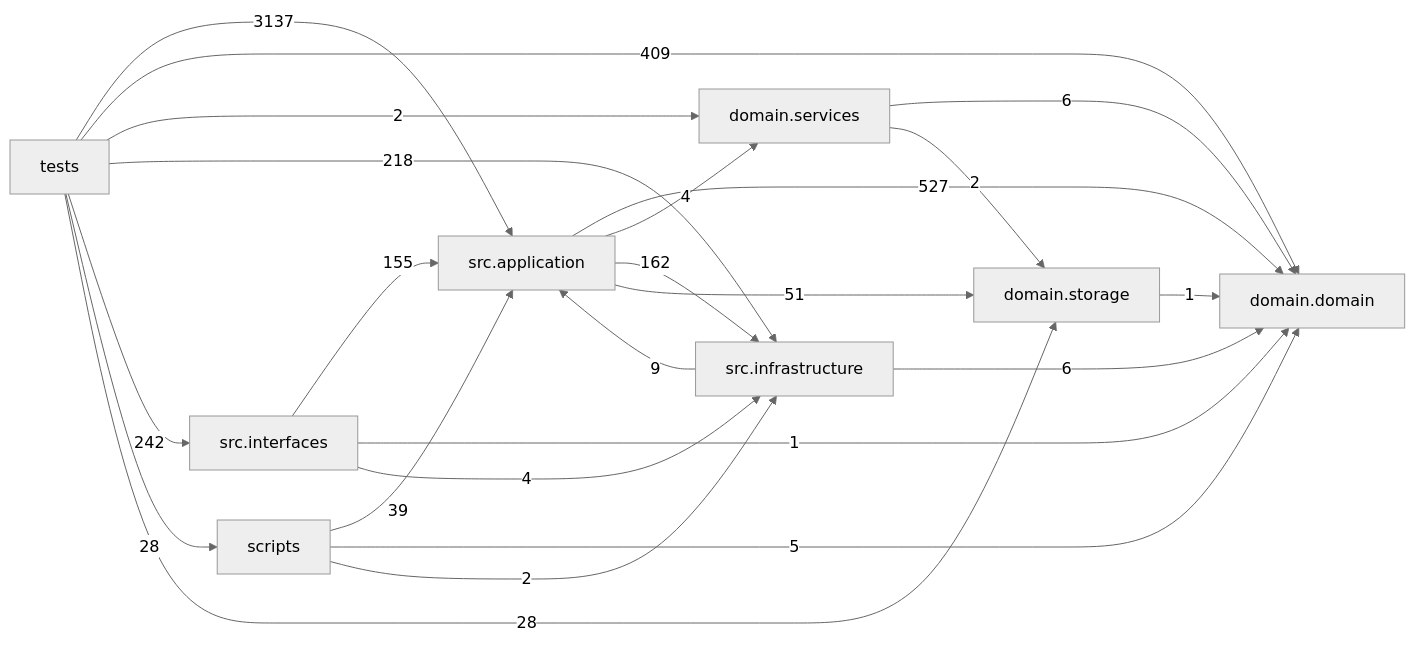
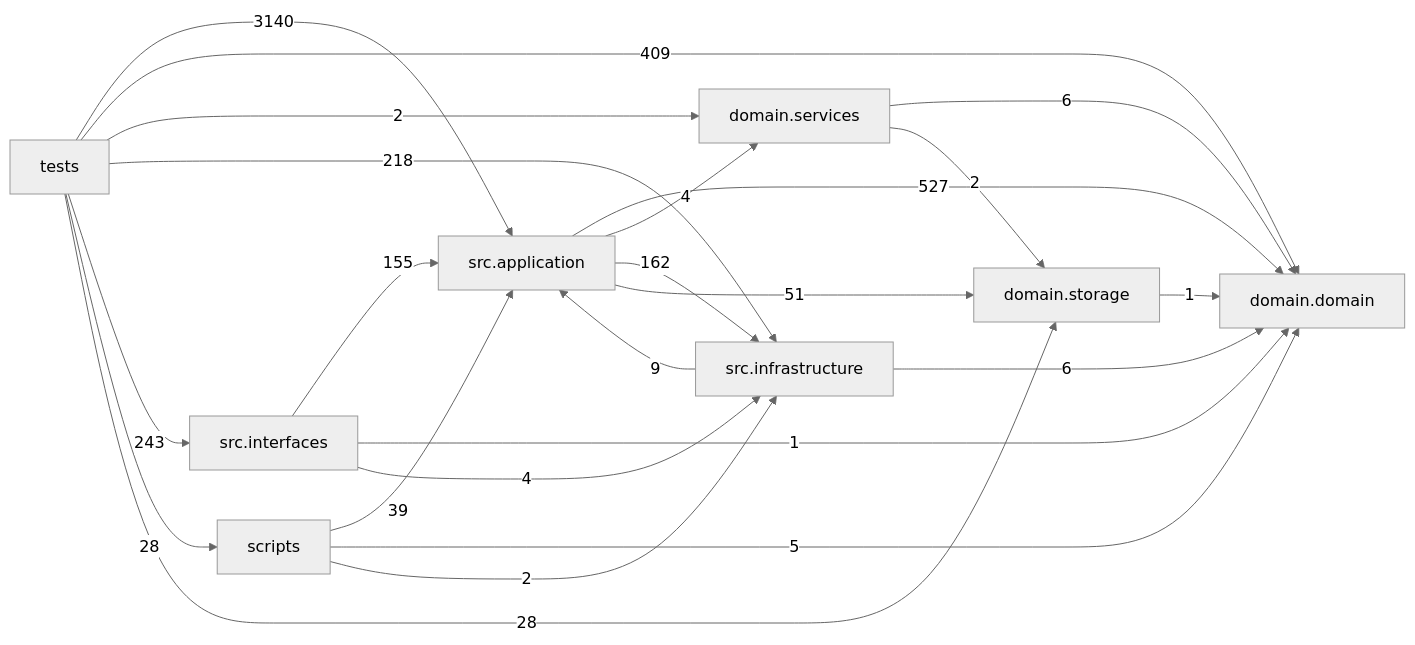
Before and after one commit to liuxie066/options-monitor: the diagram in docs/DEPENDENCY_GRAPH.md, drawn with Mermaid (neutral theme). The commit also changed other lines of this file and 14 other files, not shown here.

````diff
--- a/docs/DEPENDENCY_GRAPH.md
+++ b/docs/DEPENDENCY_GRAPH.md
@@ -24,33 +24,33 @@
 ```mermaid
 flowchart LR
   tests["tests"]
   scripts["scripts"]
   interfaces["src.interfaces"]
   application["src.application"]
   infrastructure["src.infrastructure"]
   domain_services["domain.services"]
   domain["domain.domain"]
   storage["domain.storage"]
   application -->|527| domain
   application -->|4| domain_services
   application -->|162| infrastructure
   application -->|51| storage
   domain_services -->|6| domain
   domain_services -->|2| storage
   infrastructure -->|9| application
   infrastructure -->|6| domain
   interfaces -->|155| application
   interfaces -->|1| domain
   interfaces -->|4| infrastructure
   scripts -->|39| application
   scripts -->|5| domain
   scripts -->|2| infrastructure
   storage -->|1| domain
-  tests -->|3137| application
+  tests -->|3140| application
   tests -->|409| domain
   tests -->|2| domain_services
   tests -->|218| infrastructure
-  tests -->|242| interfaces
+  tests -->|243| interfaces
   tests -->|28| scripts
   tests -->|28| storage
 ```
````
